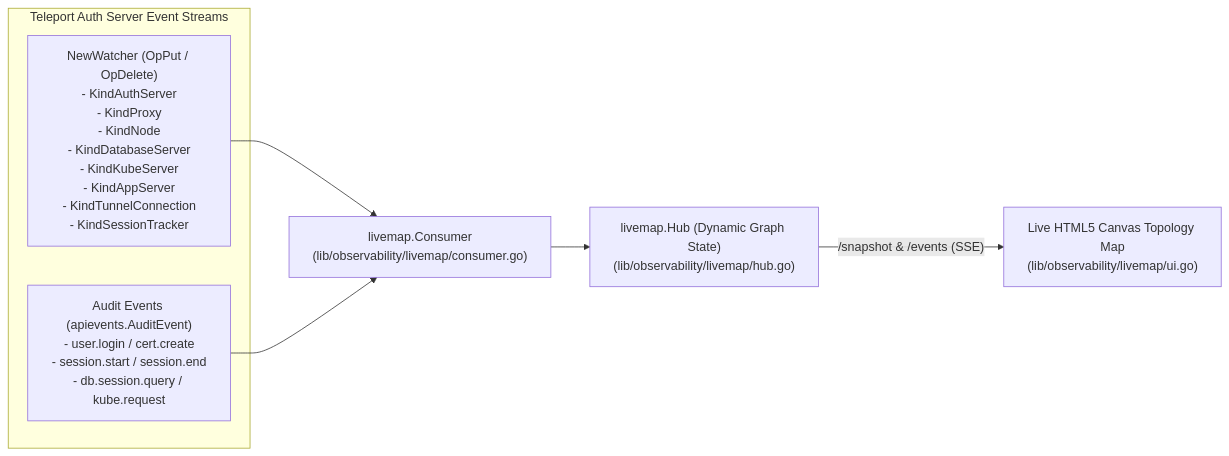
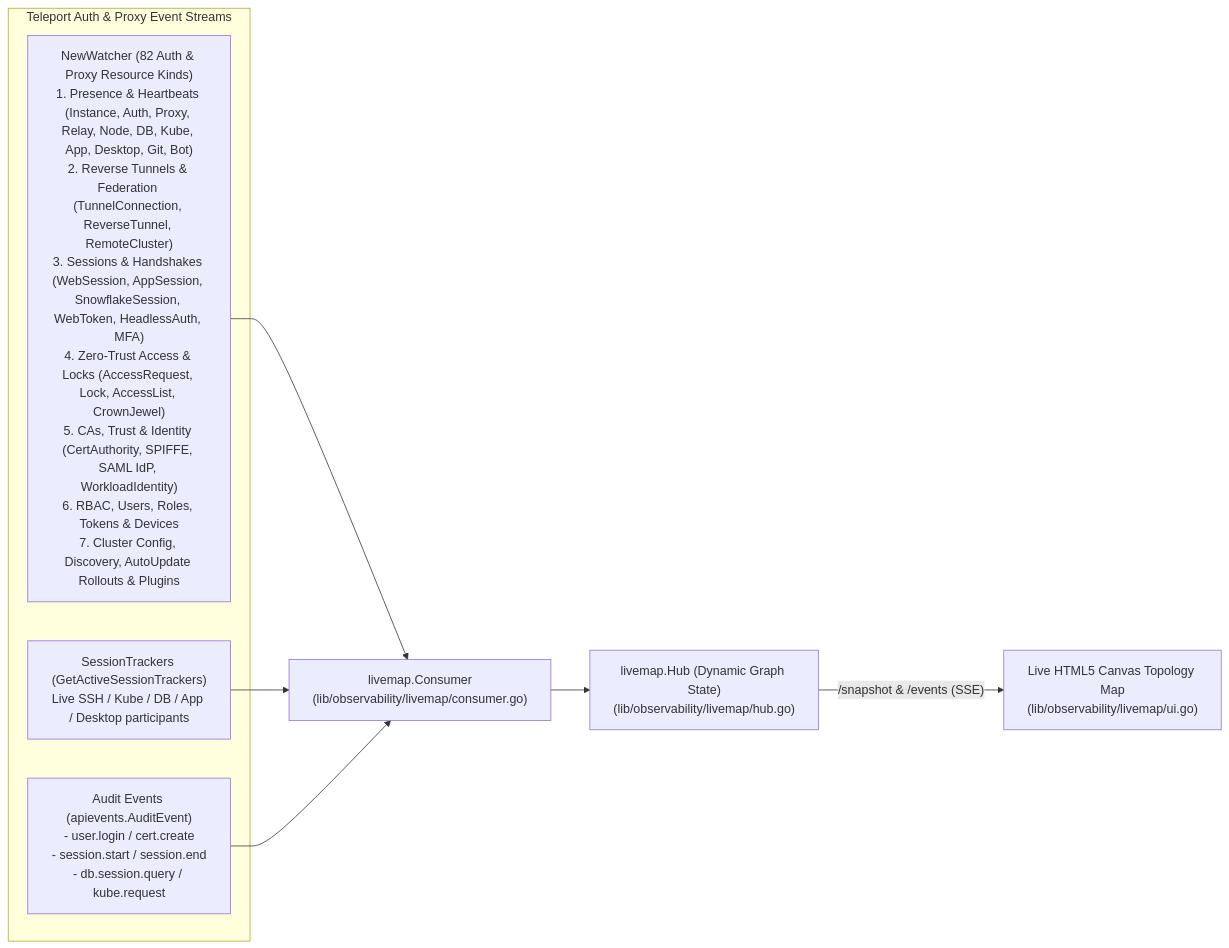
One commit to NESYOR/teleport changed the diagram in learning/07-live-topology-map.md. Above: the diagram before and after it, drawn with Mermaid. The commit also changed other lines of this file and 4 other files, not shown here.

````diff
--- a/learning/07-live-topology-map.md
+++ b/learning/07-live-topology-map.md
@@ -13,12 +13,14 @@
 ```mermaid
 flowchart LR
-    subgraph AuthStream["Teleport Auth Server Event Streams"]
-        W["NewWatcher (OpPut / OpDelete)<br/>- KindAuthServer<br/>- KindProxy<br/>- KindNode<br/>- KindDatabaseServer<br/>- KindKubeServer<br/>- KindAppServer<br/>- KindTunnelConnection<br/>- KindSessionTracker"]
+    subgraph AuthStream["Teleport Auth & Proxy Event Streams"]
+        W["NewWatcher (82 Auth & Proxy Resource Kinds)<br/>1. Presence & Heartbeats (Instance, Auth, Proxy, Relay, Node, DB, Kube, App, Desktop, Git, Bot)<br/>2. Reverse Tunnels & Federation (TunnelConnection, ReverseTunnel, RemoteCluster)<br/>3. Sessions & Handshakes (WebSession, AppSession, SnowflakeSession, WebToken, HeadlessAuth, MFA)<br/>4. Zero-Trust Access & Locks (AccessRequest, Lock, AccessList, CrownJewel)<br/>5. CAs, Trust & Identity (CertAuthority, SPIFFE, SAML IdP, WorkloadIdentity)<br/>6. RBAC, Users, Roles, Tokens & Devices<br/>7. Cluster Config, Discovery, AutoUpdate Rollouts & Plugins"]
+        S["SessionTrackers (GetActiveSessionTrackers)<br/>Live SSH / Kube / DB / App / Desktop participants"]
         A["Audit Events (apievents.AuditEvent)<br/>- user.login / cert.create<br/>- session.start / session.end<br/>- db.session.query / kube.request"]
     end
 
     W --> Consumer["livemap.Consumer<br/>(lib/observability/livemap/consumer.go)"]
+    S --> Consumer
     A --> Consumer
     Consumer --> Hub["livemap.Hub (Dynamic Graph State)<br/>(lib/observability/livemap/hub.go)"]
     Hub -->|"/snapshot & /events (SSE)"| Browser["Live HTML5 Canvas Topology Map<br/>(lib/observability/livemap/ui.go)"]
 ```
````
